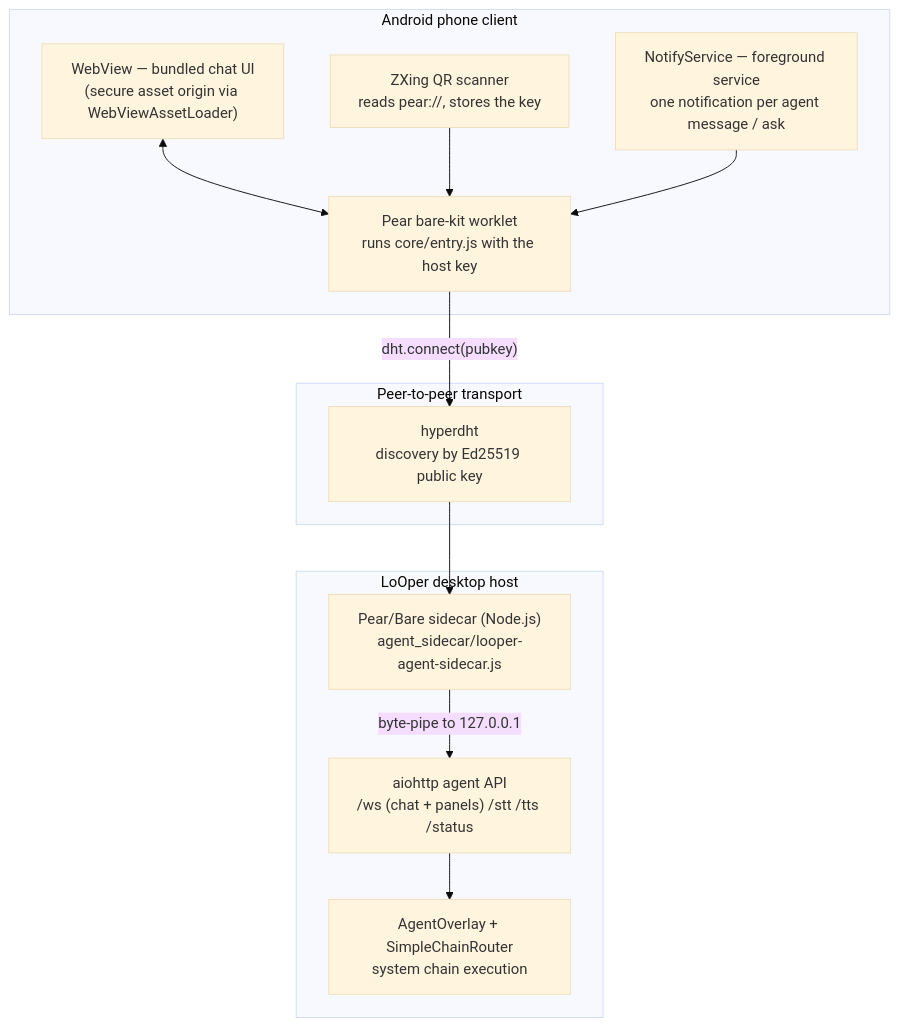
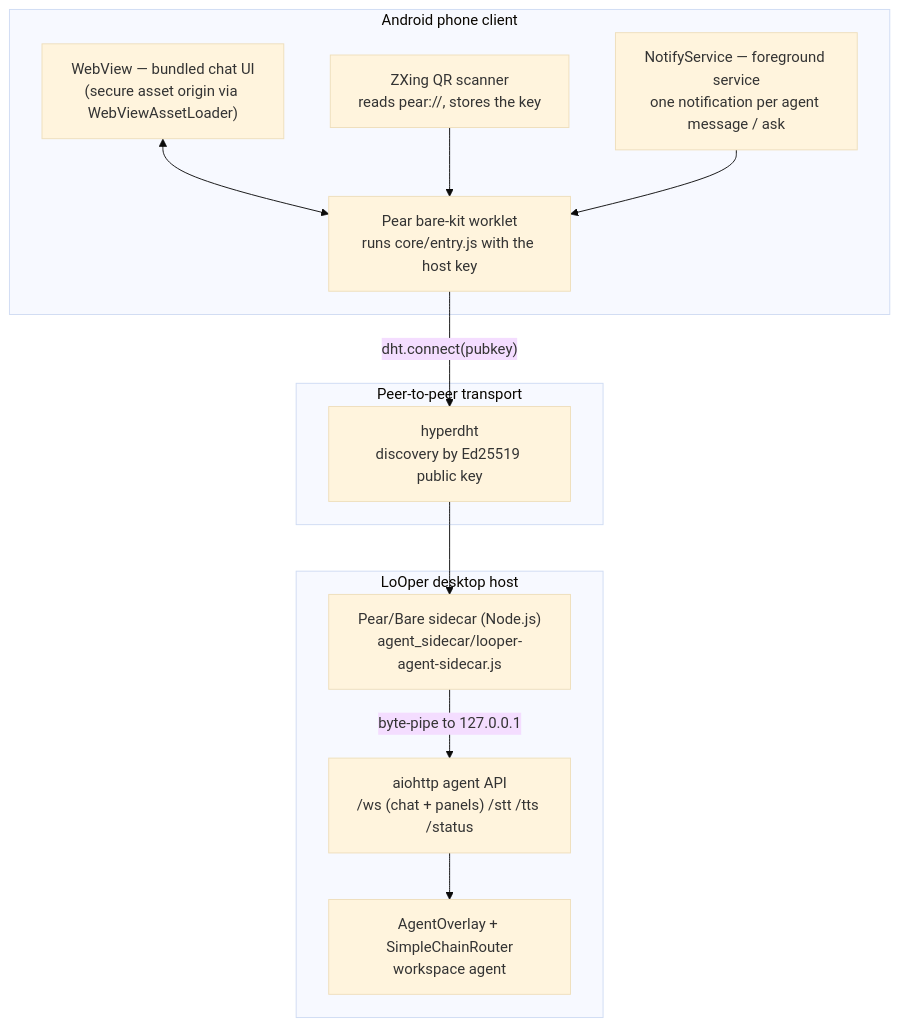
Before and after one commit to RodrigoBenitez343/Arrow: diagram 19 of 21 in LoOper/README.MD, drawn with Mermaid (base theme). The commit also changed other lines of this file and 299 other files, not shown here.

Commit message:
node wires patches + web sequences dedup fix

````diff
--- a/LoOper/README.MD
+++ b/LoOper/README.MD
@@ -829,24 +886,24 @@
 ```mermaid
 flowchart TB
     subgraph Phone["Android phone client"]
         UI["WebView — bundled chat UI<br/>(secure asset origin via WebViewAssetLoader)"]
         Worklet["Pear bare-kit worklet<br/>runs core/entry.js with the host key"]
         QR["ZXing QR scanner<br/>reads pear://<pubkey>, stores the key"]
         NS["NotifyService — foreground service<br/>one notification per agent message / ask"]
         UI <--> Worklet
     end
     subgraph DHT["Peer-to-peer transport"]
         NET["hyperdht<br/>discovery by Ed25519 public key"]
     end
     subgraph Host["LoOper desktop host"]
         Sidecar["Pear/Bare sidecar (Node.js)<br/>agent_sidecar/looper-agent-sidecar.js"]
         WS["aiohttp agent API<br/>/ws (chat + panels) /stt /tts /status"]
-        Overlay["AgentOverlay + SimpleChainRouter<br/>system chain execution"]
+        Overlay["AgentOverlay + SimpleChainRouter<br/>workspace agent"]
         Sidecar -- "byte-pipe to 127.0.0.1" --> WS
         WS --> Overlay
     end
     Worklet -- "dht.connect(pubkey)" --> NET
     NET --> Sidecar
     QR --> Worklet
     NS --> Worklet
 ```
````
